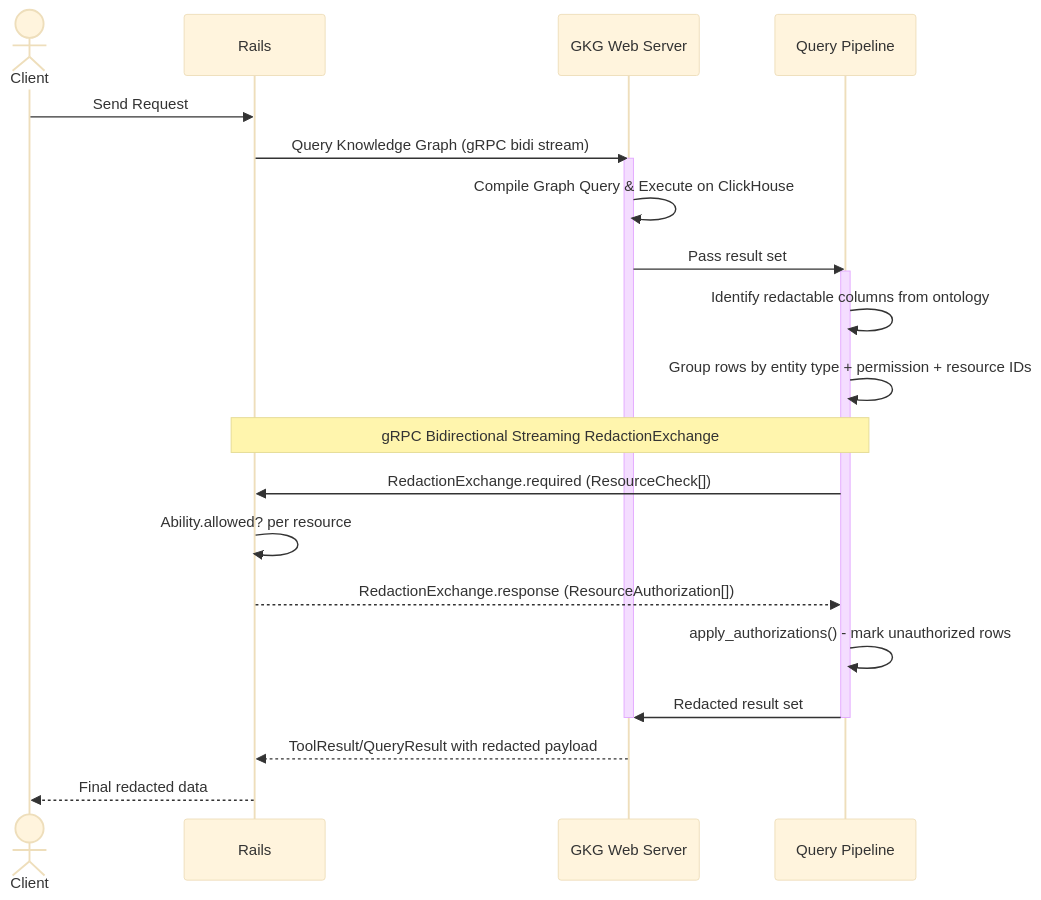
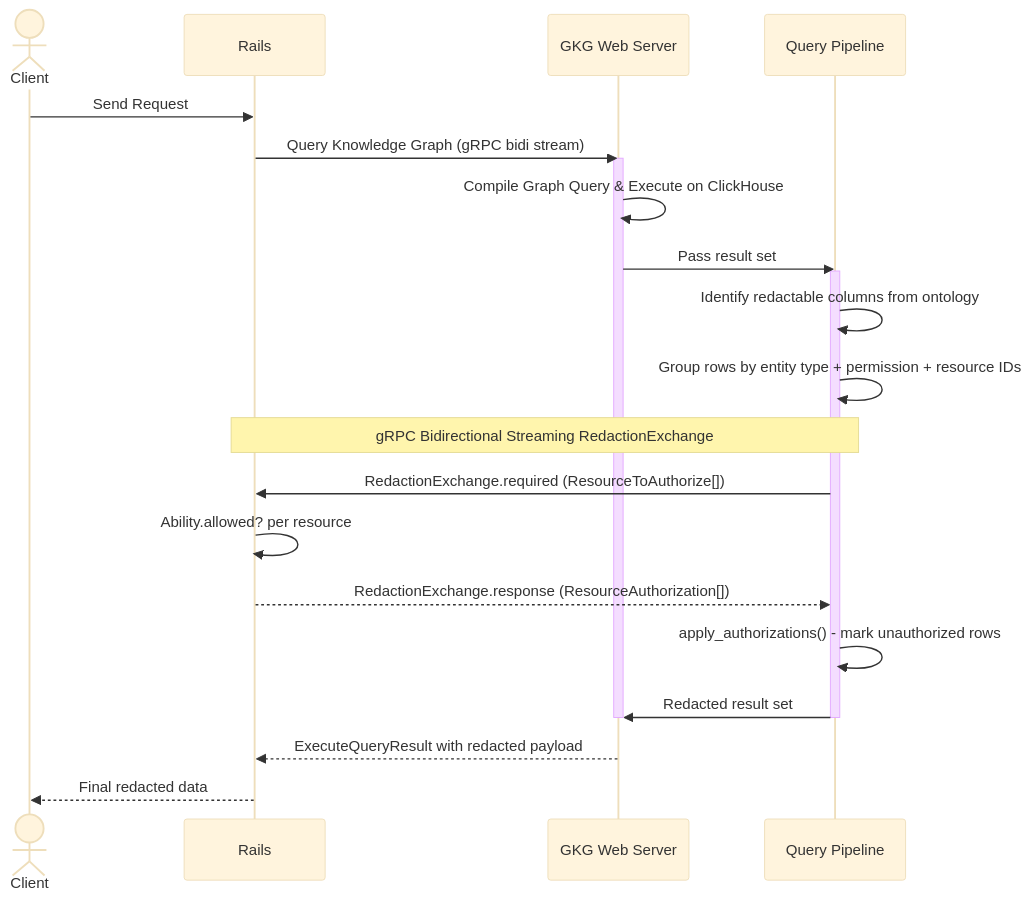
The fourth of 4 diagrams in docs/design-documents/security.md (gitlabhq/orbit-knowledge-graph), drawn with Mermaid (base theme) before and after one commit. The commit also changed other lines of this file and 5 other files, not shown here.

````diff
--- a/docs/design-documents/security.md
+++ b/docs/design-documents/security.md
@@ -260,31 +260,31 @@
 ```mermaid
 sequenceDiagram
     actor Client
     participant Rails
     participant WebServer as GKG Web Server
     participant AuthEngine as Query Pipeline
 
     Client->>Rails: Send Request
     Rails->>WebServer: Query Knowledge Graph (gRPC bidi stream)
 
     activate WebServer
     WebServer->>WebServer: Compile Graph Query & Execute on ClickHouse
     WebServer->>AuthEngine: Pass result set
     activate AuthEngine
 
     AuthEngine->>AuthEngine: Identify redactable columns from ontology
     AuthEngine->>AuthEngine: Group rows by entity type + permission + resource IDs
 
     Note over AuthEngine, Rails: gRPC Bidirectional Streaming RedactionExchange
-    AuthEngine->>Rails: RedactionExchange.required (ResourceCheck[])
+    AuthEngine->>Rails: RedactionExchange.required (ResourceToAuthorize[])
     Rails->>Rails: Ability.allowed? per resource
     Rails-->>AuthEngine: RedactionExchange.response (ResourceAuthorization[])
 
     AuthEngine->>AuthEngine: apply_authorizations() - mark unauthorized rows
     AuthEngine->>WebServer: Redacted result set
     deactivate AuthEngine
     deactivate WebServer
 
-    WebServer-->>Rails: ToolResult/QueryResult with redacted payload
+    WebServer-->>Rails: ExecuteQueryResult with redacted payload
     Rails-->>Client: Final redacted data
 ```
````
